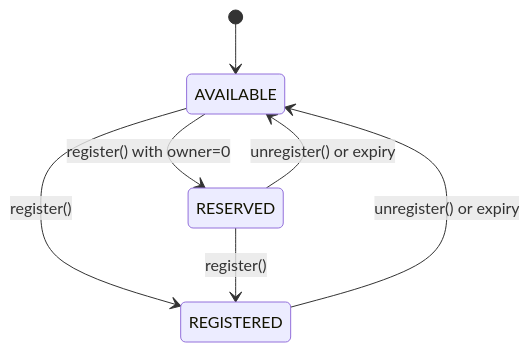
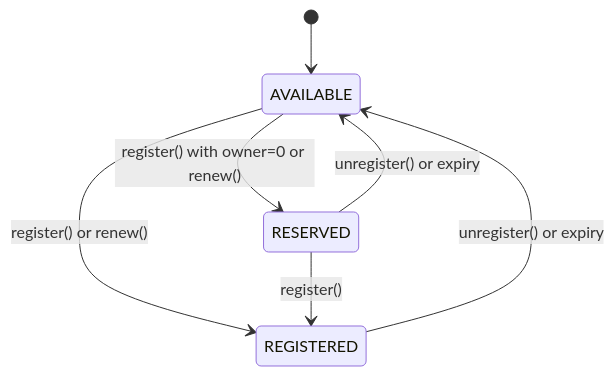
The diagram in src/pages/ensv2/permissioned-registry.mdx (ensdomains/docs), drawn with Mermaid before and after one commit. The commit also changed other lines of this file and 7 other files, not shown here.

````diff
--- a/src/pages/ensv2/permissioned-registry.mdx
+++ b/src/pages/ensv2/permissioned-registry.mdx
@@ -51,9 +51,9 @@
 ```mermaid
 stateDiagram-v2
     [*] --> AVAILABLE
-    AVAILABLE --> REGISTERED: register()
-    AVAILABLE --> RESERVED: register() with owner=0
+    AVAILABLE --> REGISTERED: register() or renew()
+    AVAILABLE --> RESERVED: register() with owner=0 or renew()
     RESERVED --> REGISTERED: register()
     REGISTERED --> AVAILABLE: unregister() or expiry
     RESERVED --> AVAILABLE: unregister() or expiry
 ```
````
